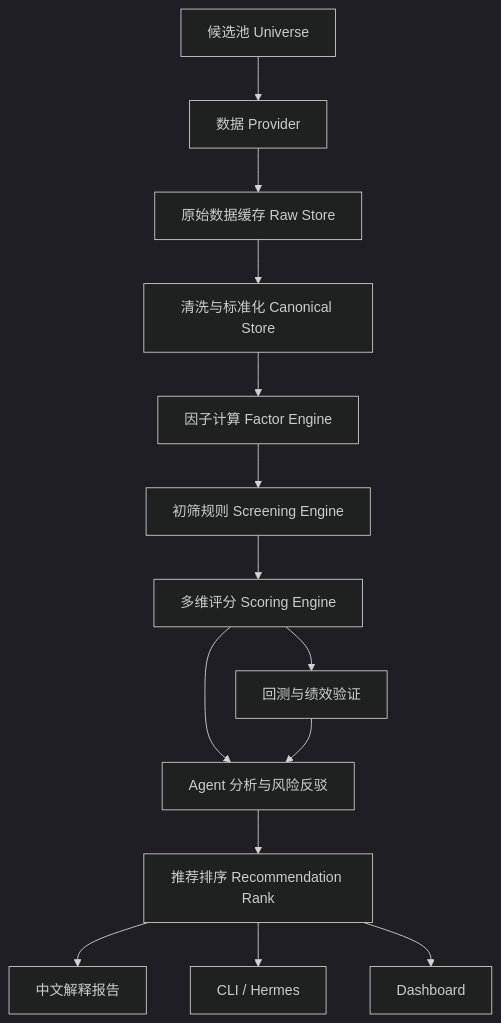
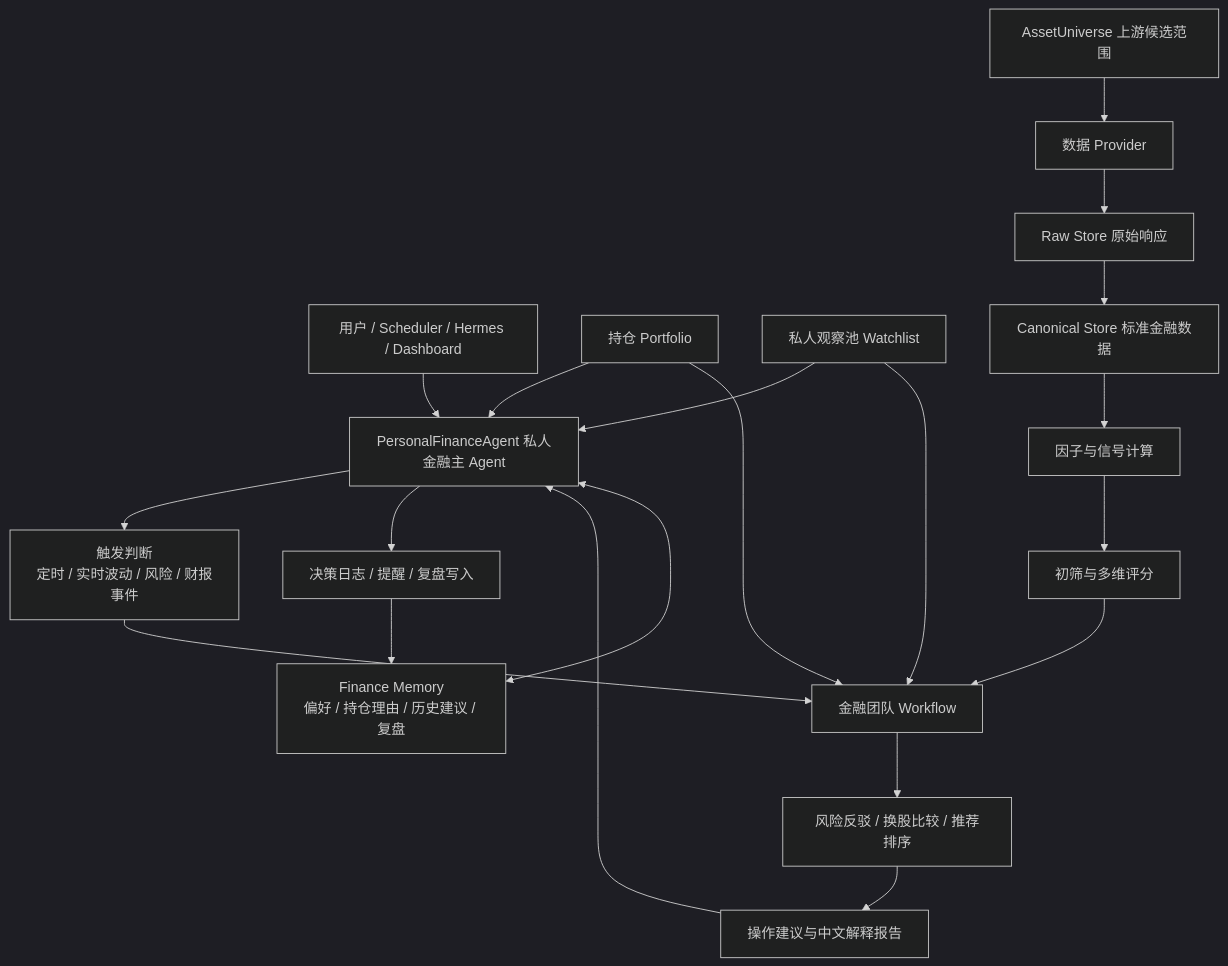
One commit to 312308542/finance-agent changed the diagram in docs/项目计划.md. Above: the diagram before and after it, drawn with Mermaid (dark theme). The commit also changed other lines of this file and 13 other files, not shown here.

````diff
--- a/docs/项目计划.md
+++ b/docs/项目计划.md
@@ -66,16 +74,22 @@
 ```mermaid
 flowchart TD
-    A["候选池 Universe"] --> B["数据 Provider"]
-    B --> C["原始数据缓存 Raw Store"]
-    C --> D["清洗与标准化 Canonical Store"]
-    D --> E["因子计算 Factor Engine"]
-    E --> F["初筛规则 Screening Engine"]
-    F --> G["多维评分 Scoring Engine"]
-    G --> H["回测与绩效验证"]
-    G --> I["Agent 分析与风险反驳"]
-    H --> I
-    I --> J["推荐排序 Recommendation Rank"]
-    J --> K["中文解释报告"]
-    J --> L["CLI / Hermes"]
-    J --> M["Dashboard"]
+    U["用户 / Scheduler / Hermes / Dashboard"] --> PA["PersonalFinanceAgent 私人金融主 Agent"]
+    MEM["Finance Memory\n偏好 / 持仓理由 / 历史建议 / 复盘"] <--> PA
+    P["持仓 Portfolio"] --> PA
+    W["私人观察池 Watchlist"] --> PA
+    PA --> T["触发判断\n定时 / 实时波动 / 风险 / 财报事件"]
+    T --> WF["金融团队 Workflow"]
+    A["AssetUniverse 上游候选范围"] --> B["数据 Provider"]
+    B --> C["Raw Store 原始响应"]
+    C --> D["Canonical Store 标准金融数据"]
+    D --> E["因子与信号计算"]
+    E --> F["初筛与多维评分"]
+    F --> WF
+    P --> WF
+    W --> WF
+    WF --> R["风险反驳 / 换股比较 / 推荐排序"]
+    R --> O["操作建议与中文解释报告"]
+    O --> PA
+    PA --> LOG["决策日志 / 提醒 / 复盘写入"]
+    LOG --> MEM
 ```
````
